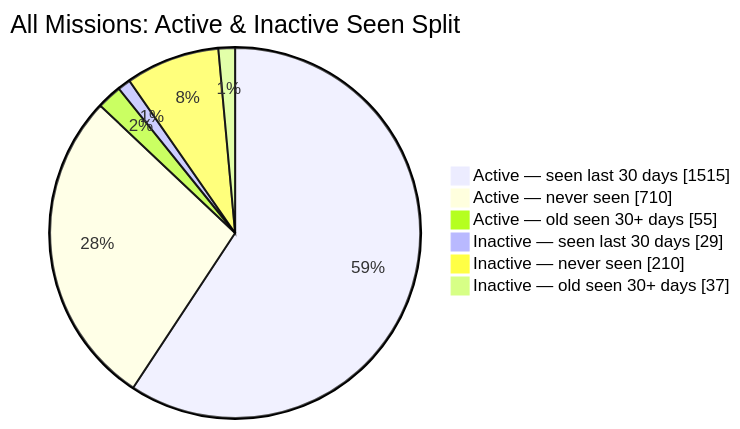
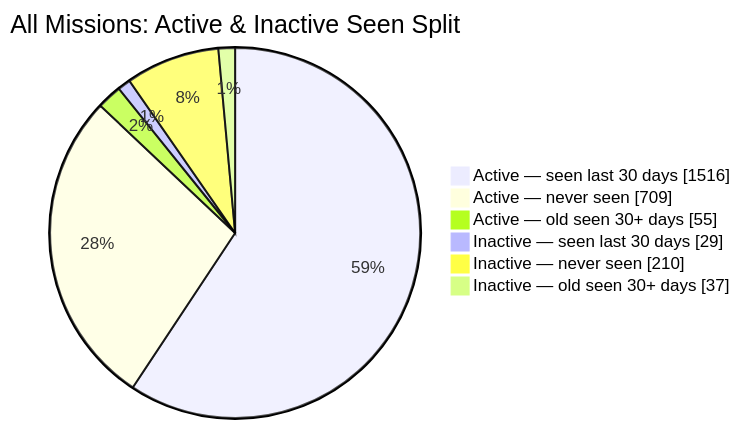
Before and after one commit to MeldkamerspelGameTeam/active-missions: the second of 2 diagrams in README.md, drawn with Mermaid. The commit also changed other lines of this file and 2 other files, not shown here.

````diff
--- a/README.md
+++ b/README.md
@@ -44,10 +44,10 @@
 ```mermaid
 pie showData
     title All Missions: Active & Inactive Seen Split
-    "Active — seen last 30 days" : 1515
-    "Active — never seen" : 710
+    "Active — seen last 30 days" : 1516
+    "Active — never seen" : 709
     "Active — old seen 30+ days" : 55
     "Inactive — seen last 30 days" : 29
     "Inactive — never seen" : 210
     "Inactive — old seen 30+ days" : 37
 ```
````
